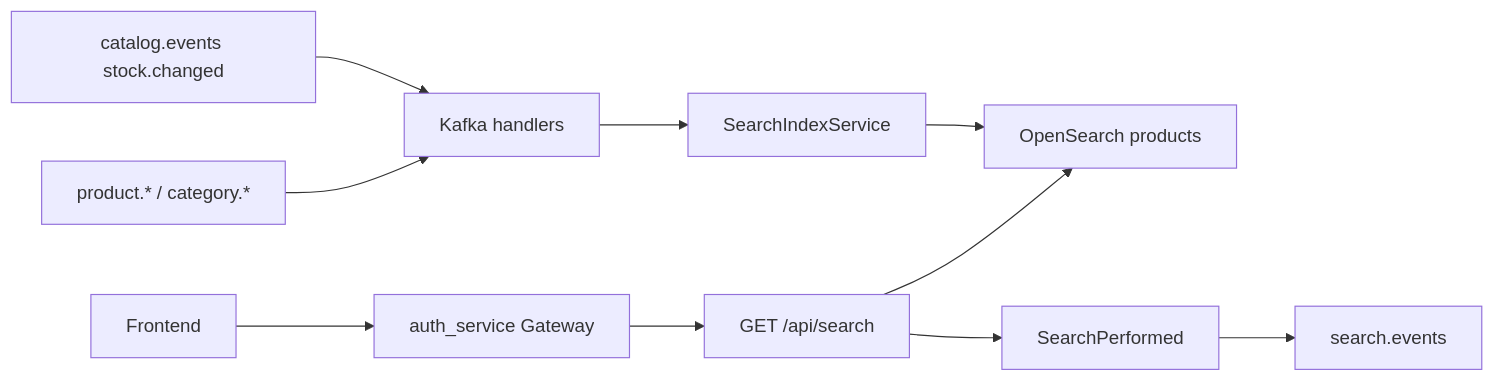
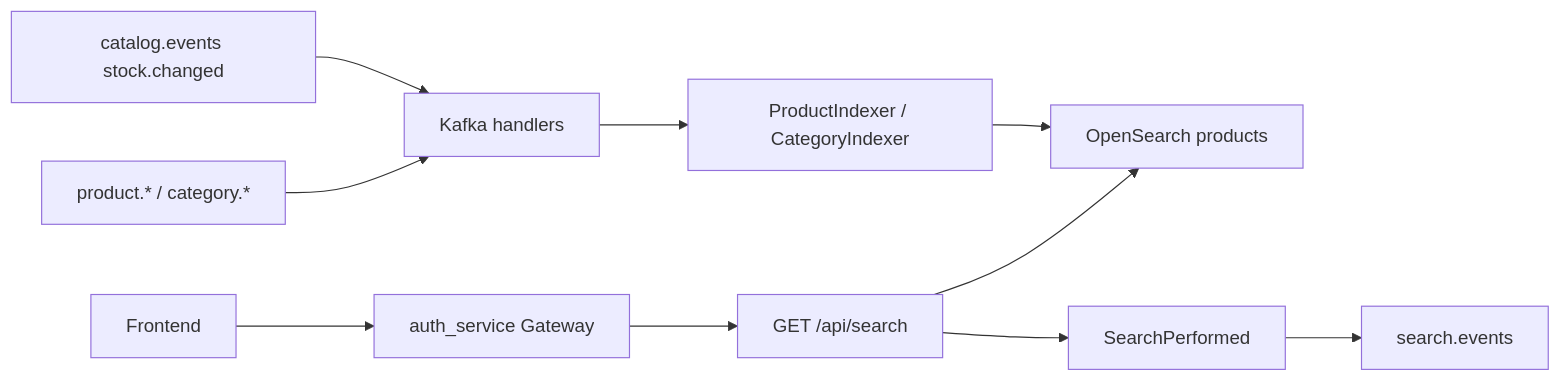
One commit to ff1nk1/e_commerce_platform changed the diagram in search_service/README.md. Above: the diagram before and after it, drawn with Mermaid. The commit also changed other lines of this file and 31 other files, not shown here.

````diff
--- a/search_service/README.md
+++ b/search_service/README.md
@@ -9,12 +9,12 @@
 ```mermaid
 flowchart LR
   FE["Frontend"] --> GW["auth_service Gateway"]
   GW --> API["GET /api/search"]
   API --> OS["OpenSearch products"]
   API --> Ev["SearchPerformed"]
   Ev --> KafkaOut["search.events"]
   Catalog["product.* / category.*"] --> Handlers["Kafka handlers"]
   Stock["catalog.events stock.changed"] --> Handlers
-  Handlers --> Idx["SearchIndexService"]
+  Handlers --> Idx["ProductIndexer / CategoryIndexer"]
   Idx --> OS
 ```
````
